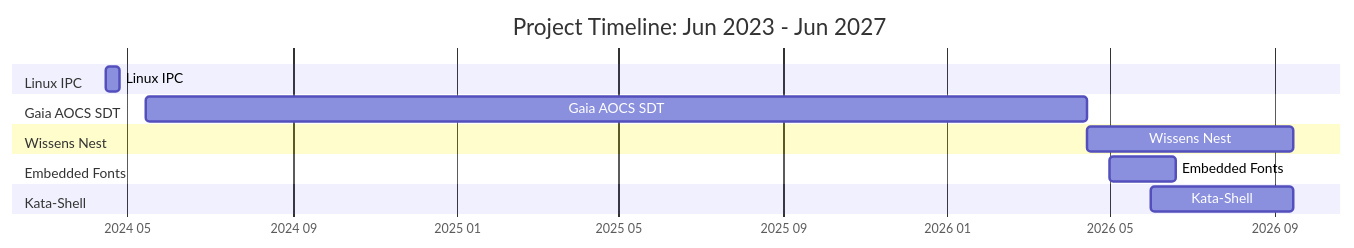
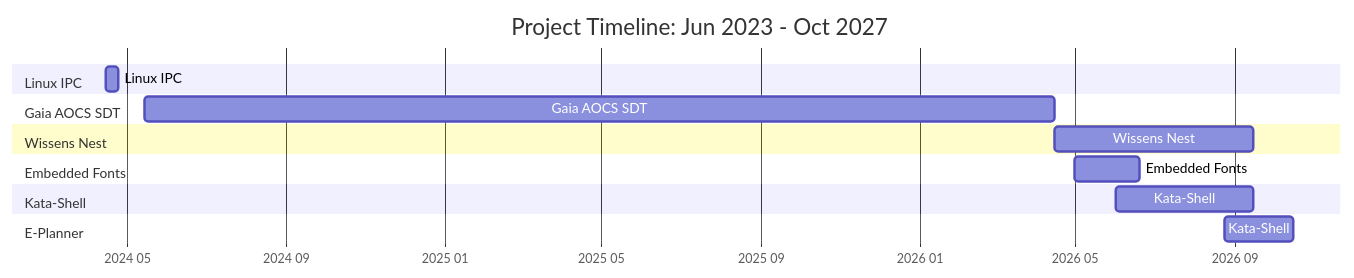
The diagram in README.md (K-S-K/K-S-K), drawn with Mermaid before and after one commit. The commit also changed other lines of this file, not shown here.

First line of the commit message:
Revise project timeline and add E-Planner details

````diff
--- a/README.md
+++ b/README.md
@@ -11,22 +11,25 @@
 ```mermaid
 gantt
-    title Project Timeline: Jun 2023 - Jun 2027
+    title Project Timeline: Jun 2023 - Oct 2027
     dateFormat  YYYY-MM-DD
     axisFormat  %Y %m
     tickInterval 4month
 
     section Linux IPC
     Linux IPC         :a1, 2024-04-15, 2024-04-25
 
     section Gaia AOCS SDT
     Gaia AOCS SDT     :a2, 2024-05-15, 2026-04-15
 
     section Wissens Nest
     Wissens Nest      :a3, 2026-04-15, 2026-09-15
 
     section Embedded Fonts
     Embedded Fonts    :a4, 2026-05-01, 2026-06-20
 
     section Kata-Shell
     Kata-Shell        :a5, 2026-06-01, 2026-09-15
+
+    section E-Planner
+    Kata-Shell        :a6, 2026-08-24, 2026-10-16
 ```
````
